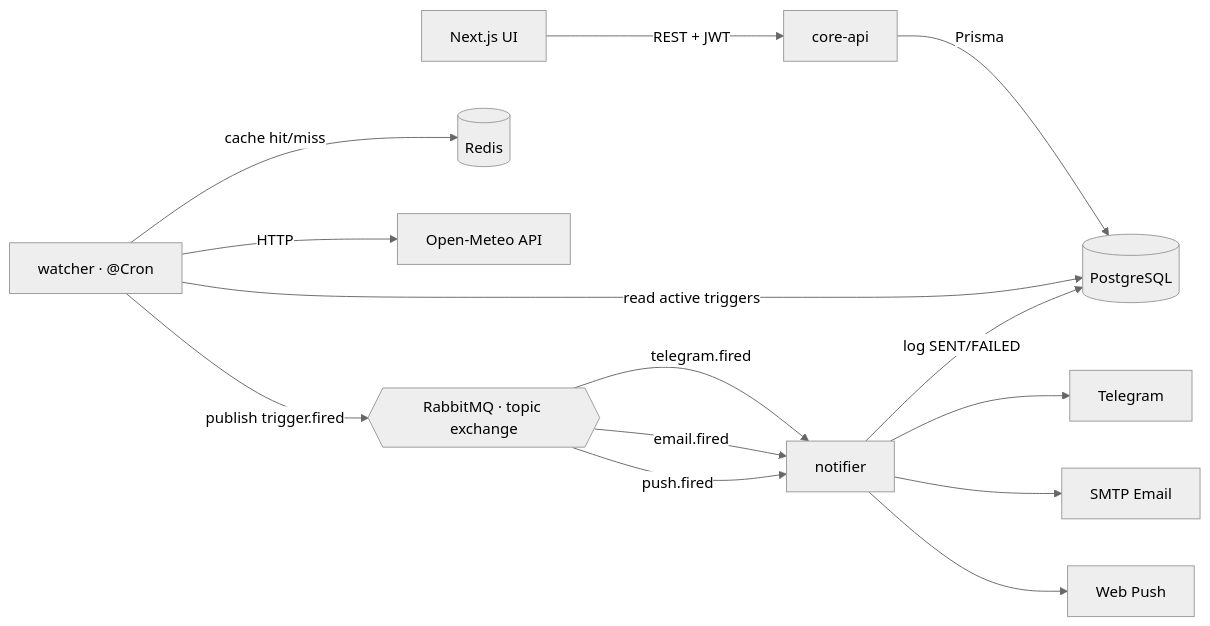
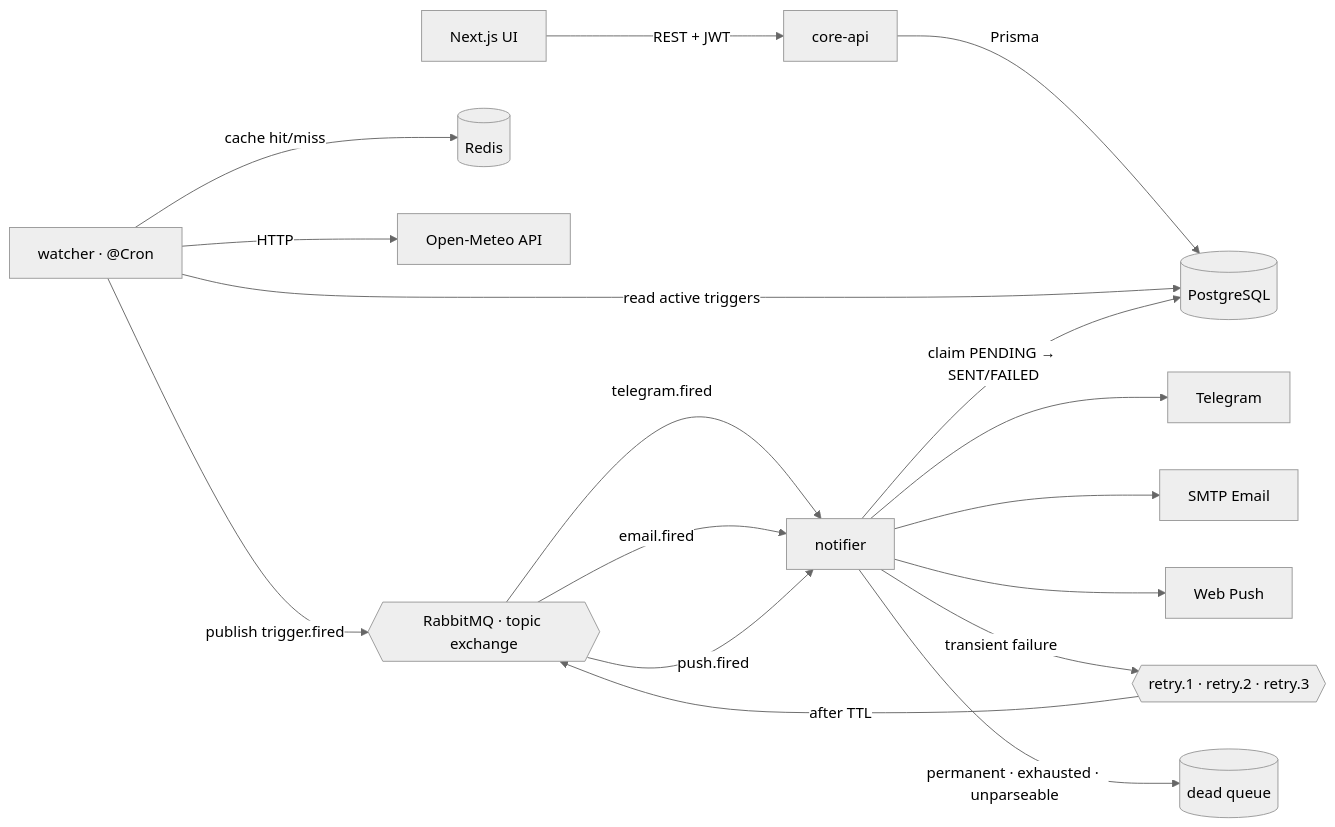
Before and after one commit to al3xb0/weather_notify: the diagram in README.md, drawn with Mermaid (neutral theme). The commit also changed other lines of this file, not shown here.

First line of the commit message:
docs: record the architecture decisions, reliability model and known limits

````diff
--- a/README.md
+++ b/README.md
@@ -11,16 +11,19 @@
 ```mermaid
 flowchart LR
     UI[Next.js UI] -->|REST + JWT| API[core-api]
     API -->|Prisma| PG[(PostgreSQL)]
     WATCH[watcher · @Cron] -->|read active triggers| PG
     WATCH -->|cache hit/miss| REDIS[(Redis)]
     WATCH -->|HTTP| OM[Open-Meteo API]
     WATCH -->|publish trigger.fired| MQ{{RabbitMQ · topic exchange}}
     MQ -->|telegram.fired| NOTIF[notifier]
     MQ -->|email.fired| NOTIF
     MQ -->|push.fired| NOTIF
     NOTIF --> TG[Telegram]
     NOTIF --> MAIL[SMTP Email]
     NOTIF --> WP[Web Push]
-    NOTIF -->|log SENT/FAILED| PG
+    NOTIF -->|claim PENDING → SENT/FAILED| PG
+    NOTIF -->|transient failure| RETRY{{retry.1 · retry.2 · retry.3}}
+    RETRY -->|after TTL| MQ
+    NOTIF -->|permanent · exhausted · unparseable| DEAD[(dead queue)]
 ```
````
